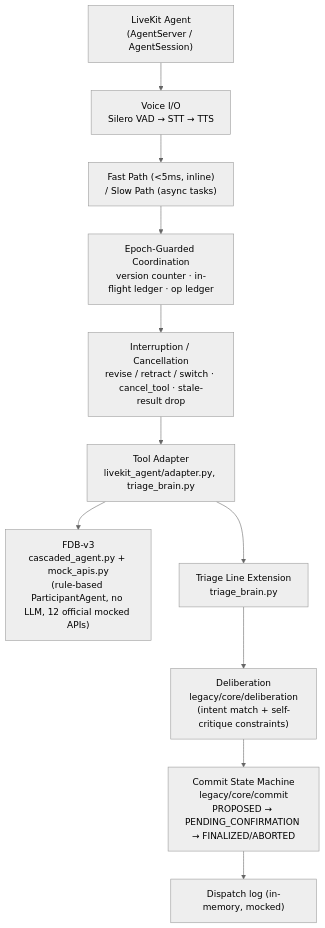
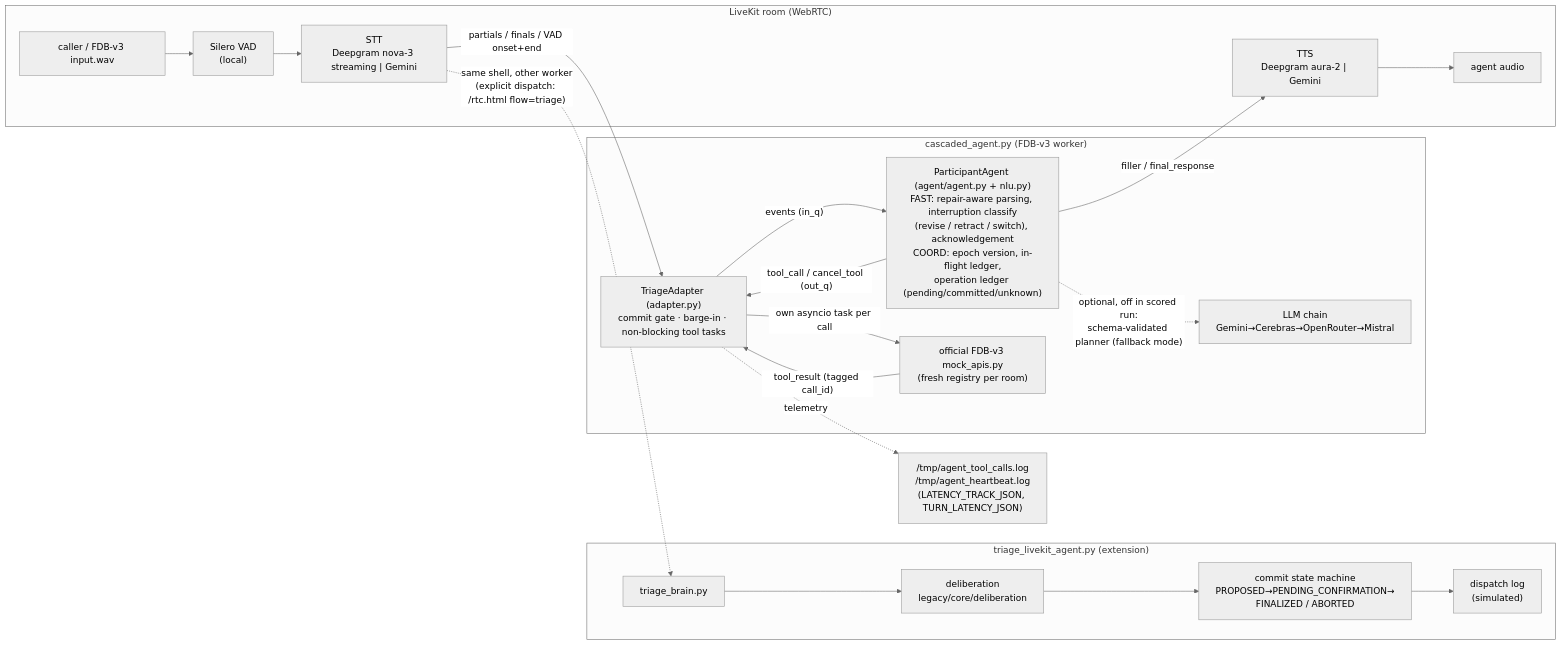
Before and after one commit to RomitDeokar/TriageLine: the diagram in docs/ARCHITECTURE.md, drawn with Mermaid (neutral theme). The commit also changed other lines of this file and 263 other files, not shown here.

````diff
--- a/docs/ARCHITECTURE.md
+++ b/docs/ARCHITECTURE.md
@@ -9,16 +13,26 @@
 ```mermaid
-flowchart TD
-    LK["LiveKit Agent\n(AgentServer / AgentSession)"]
-    VOICE["Voice I/O\nSilero VAD → STT → TTS"]
-    PATH["Fast Path (&lt;5ms, inline)\n/ Slow Path (async tasks)"]
-    EPOCH["Epoch-Guarded Coordination\nversion counter · in-flight ledger · op ledger"]
-    INT["Interruption / Cancellation\nrevise / retract / switch · cancel_tool · stale-result drop"]
-    ADAPTER["Tool Adapter\nlivekit_agent/adapter.py, triage_brain.py"]
+flowchart LR
+    subgraph Room["LiveKit room (WebRTC)"]
+      MIC["caller / FDB-v3 input.wav"] --> VAD["Silero VAD<br/>(local)"]
+      VAD --> STT["STT<br/>Deepgram nova-3 streaming | Gemini"]
+      TTS["TTS<br/>Deepgram aura-2 | Gemini"] --> SPK["agent audio"]
+    end
 
-    LK --> VOICE --> PATH --> EPOCH --> INT --> ADAPTER
-    ADAPTER --> FDB["FDB-v3\ncascaded_agent.py + mock_apis.py\n(rule-based ParticipantAgent, no LLM, 12 official mocked APIs)"]
-    ADAPTER --> TRIAGE["Triage Line Extension\ntriage_brain.py"]
-    TRIAGE --> DELIB["Deliberation\nlegacy/core/deliberation\n(intent match + self-critique constraints)"]
-    DELIB --> COMMIT["Commit State Machine\nlegacy/core/commit\nPROPOSED → PENDING_CONFIRMATION → FINALIZED/ABORTED"]
-    COMMIT --> DISPATCH["Dispatch log (in-memory, mocked)"]
+    STT -- "partials / finals / VAD onset+end" --> ADP
+    subgraph Worker["cascaded_agent.py (FDB-v3 worker)"]
+      ADP["TriageAdapter (adapter.py)<br/>commit gate · barge-in · non-blocking tool tasks"]
+      ADP -- "events (in_q)" --> PA
+      PA["ParticipantAgent (agent/agent.py + nlu.py)<br/>FAST: repair-aware parsing, interruption classify<br/>(revise / retract / switch), acknowledgement<br/>COORD: epoch version, in-flight ledger,<br/>operation ledger (pending/committed/unknown)"]
+      PA -. "optional, off in scored run:<br/>schema-validated planner (fallback mode)" .-> LLM["LLM chain<br/>Gemini→Cerebras→OpenRouter→Mistral"]
+      PA -- "tool_call / cancel_tool (out_q)" --> ADP
+      ADP -- "own asyncio task per call" --> MOCK["official FDB-v3 mock_apis.py<br/>(fresh registry per room)"]
+      MOCK -- "tool_result (tagged call_id)" --> ADP
+      PA -- "filler / final_response" --> TTS
+    end
+    ADP -. "telemetry" .-> LOG["/tmp/agent_tool_calls.log<br/>/tmp/agent_heartbeat.log<br/>(LATENCY_TRACK_JSON, TURN_LATENCY_JSON)"]
+
+    subgraph Ext["triage_livekit_agent.py (extension)"]
+      TB["triage_brain.py"] --> DEL["deliberation<br/>legacy/core/deliberation"] --> CM["commit state machine<br/>PROPOSED→PENDING_CONFIRMATION→<br/>FINALIZED / ABORTED"] --> DSP["dispatch log<br/>(simulated)"]
+    end
+    STT -. "same shell, other worker<br/>(explicit dispatch: /rtc.html flow=triage)" .-> TB
 ```
````
